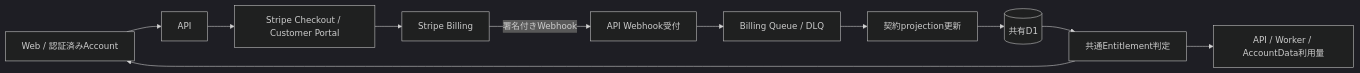
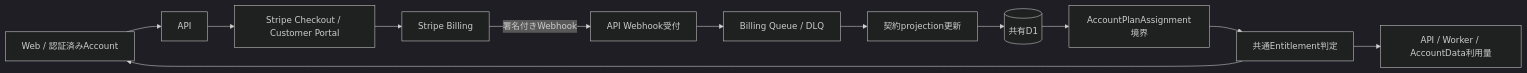
The first of 3 diagrams in docs/development/subscription-remaining-tasks.md (kkyosuke/me-builder), drawn with Mermaid (dark theme) before and after one commit. The commit also changed other lines of this file and 2 other files, not shown here.

````diff
--- a/docs/development/subscription-remaining-tasks.md
+++ b/docs/development/subscription-remaining-tasks.md
@@ -34,13 +35,14 @@
 ```mermaid
 flowchart LR
     U[Web / 認証済みAccount] --> A[API]
     A --> C[Stripe Checkout / Customer Portal]
     C --> S[Stripe Billing]
     S -->|署名付きWebhook| W[API Webhook受付]
     W --> Q[Billing Queue / DLQ]
     Q --> P[契約projection更新]
     P --> D[(共有D1)]
-    D --> E[共通Entitlement判定]
+    D --> H[AccountPlanAssignment境界]
+    H --> E[共通Entitlement判定]
     E --> U
     E --> K[API / Worker / AccountData利用量]
 ```
````
